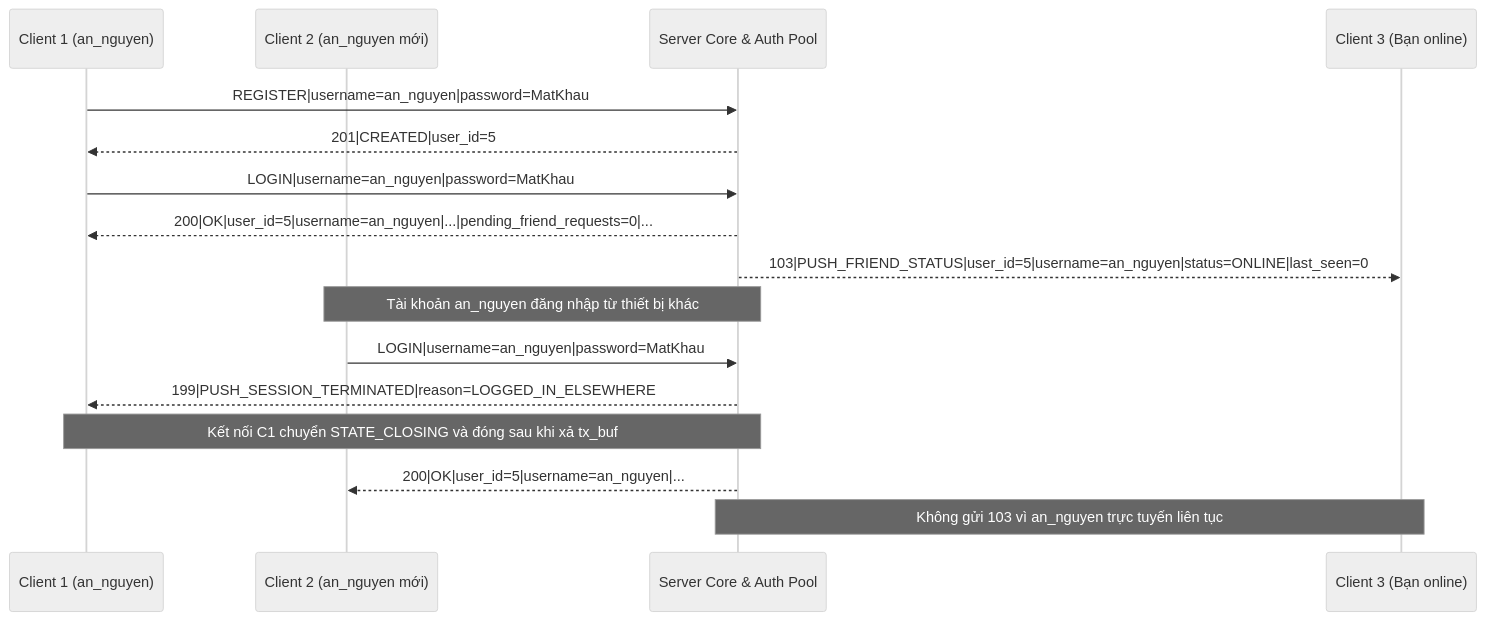
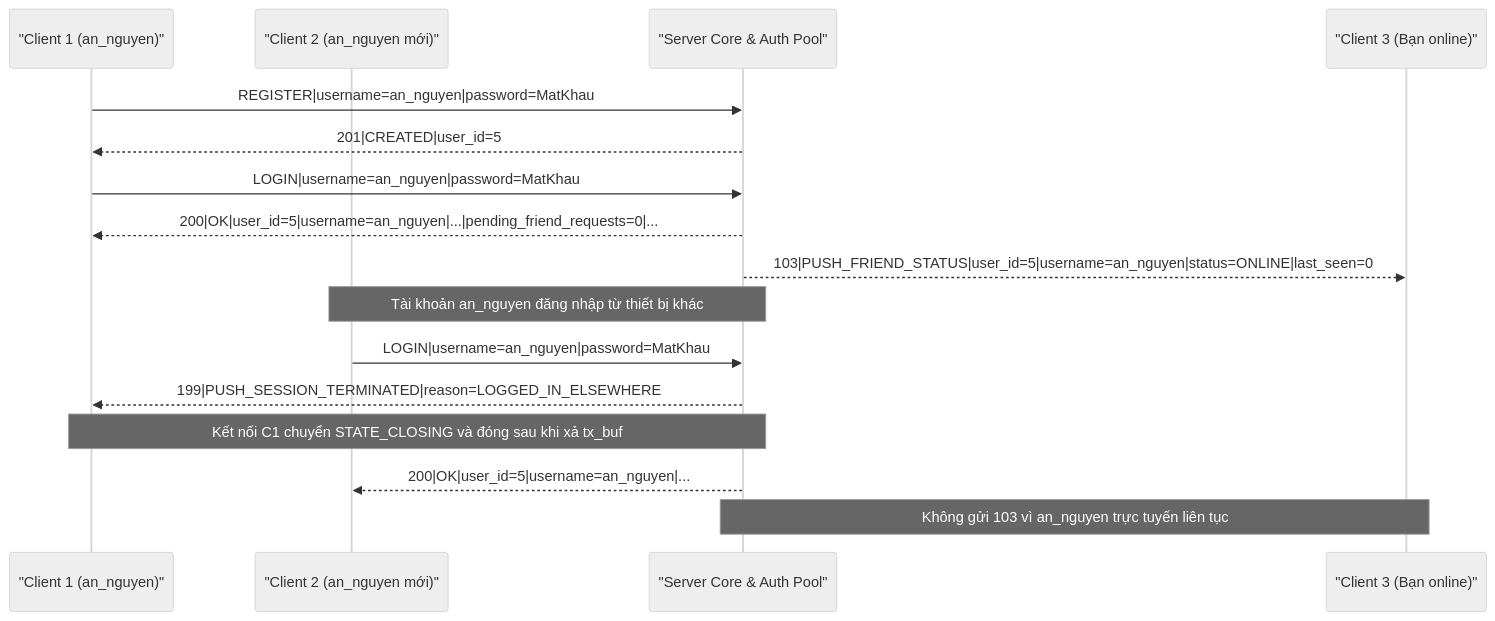
One commit to SonNX24042005/eventora changed the second of 3 diagrams in docs/PROTOCOL_SPEC.md. Above: the diagram before and after it, drawn with Mermaid (neutral theme). The commit also changed other lines of this file and 2 other files, not shown here.

````diff
--- a/docs/PROTOCOL_SPEC.md
+++ b/docs/PROTOCOL_SPEC.md
@@ -992,20 +1000,20 @@
 ```mermaid
 sequenceDiagram
-    participant C1 as Client 1 (an_nguyen)
-    participant C2 as Client 2 (an_nguyen mới)
-    participant S as Server Core & Auth Pool
-    participant F as Client 3 (Bạn online)
+    participant C1 as "Client 1 (an_nguyen)"
+    participant C2 as "Client 2 (an_nguyen mới)"
+    participant S as "Server Core & Auth Pool"
+    participant F as "Client 3 (Bạn online)"
 
     C1->>S: REGISTER|username=an_nguyen|password=MatKhau#2026|full_name=Nguyễn An
     S-->>C1: 201|CREATED|user_id=5
     C1->>S: LOGIN|username=an_nguyen|password=MatKhau#2026
     S-->>C1: 200|OK|user_id=5|username=an_nguyen|...|pending_friend_requests=0|...
     S-->>F: 103|PUSH_FRIEND_STATUS|user_id=5|username=an_nguyen|status=ONLINE|last_seen=0
 
     Note over C2,S: Tài khoản an_nguyen đăng nhập từ thiết bị khác
     C2->>S: LOGIN|username=an_nguyen|password=MatKhau#2026
     S-->>C1: 199|PUSH_SESSION_TERMINATED|reason=LOGGED_IN_ELSEWHERE
     Note over C1,S: Kết nối C1 chuyển STATE_CLOSING và đóng sau khi xả tx_buf
     S-->>C2: 200|OK|user_id=5|username=an_nguyen|...
     Note over S,F: Không gửi 103 vì an_nguyen trực tuyến liên tục
 ```
````
